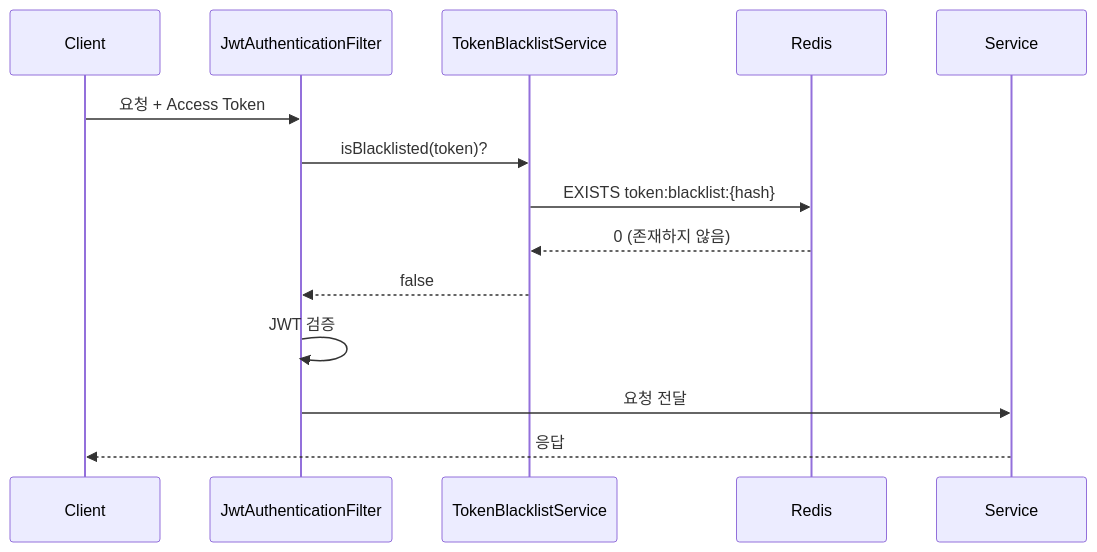
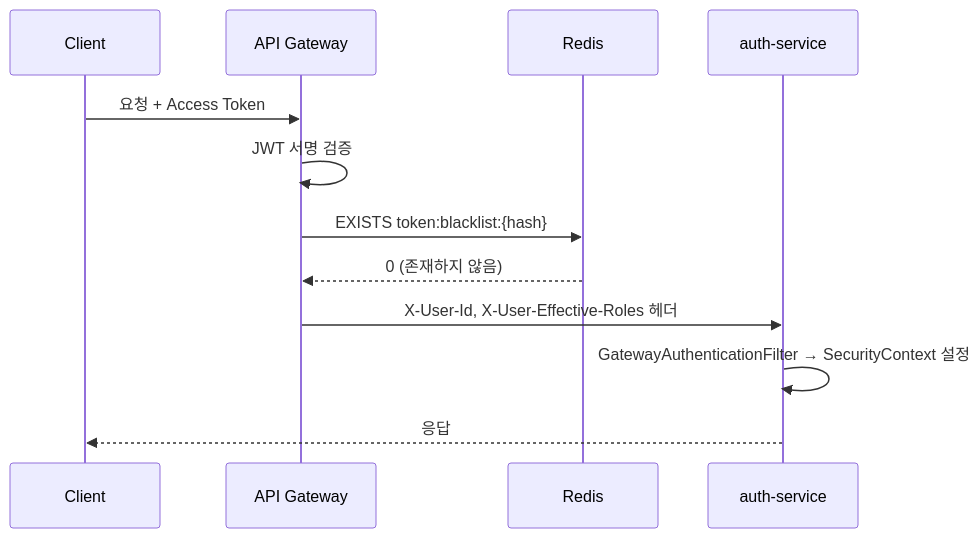
One commit to L-a-z-e/portal-universe changed the third of 8 diagrams in docs/architecture/auth-service/security-mechanisms.md. Above: the diagram before and after it, drawn with Mermaid. The commit also changed other lines of this file and 23 other files, not shown here.

First line of the commit message:
refactor(auth): remove duplicate JWT validation in auth-service

````diff
--- a/docs/architecture/auth-service/security-mechanisms.md
+++ b/docs/architecture/auth-service/security-mechanisms.md
@@ -279,17 +279,15 @@
 ```mermaid
 sequenceDiagram
     participant C as Client
-    participant F as JwtAuthenticationFilter
-    participant B as TokenBlacklistService
+    participant G as API Gateway
     participant R as Redis
-    participant S as Service
+    participant A as auth-service
 
-    C->>F: 요청 + Access Token
-    F->>B: isBlacklisted(token)?
-    B->>R: EXISTS token:blacklist:{hash}
-    R-->>B: 0 (존재하지 않음)
-    B-->>F: false
-    F->>F: JWT 검증
-    F->>S: 요청 전달
-    S-->>C: 응답
+    C->>G: 요청 + Access Token
+    G->>G: JWT 서명 검증
+    G->>R: EXISTS token:blacklist:{hash}
+    R-->>G: 0 (존재하지 않음)
+    G->>A: X-User-Id, X-User-Effective-Roles 헤더
+    A->>A: GatewayAuthenticationFilter → SecurityContext 설정
+    A-->>C: 응답
 ```
````
